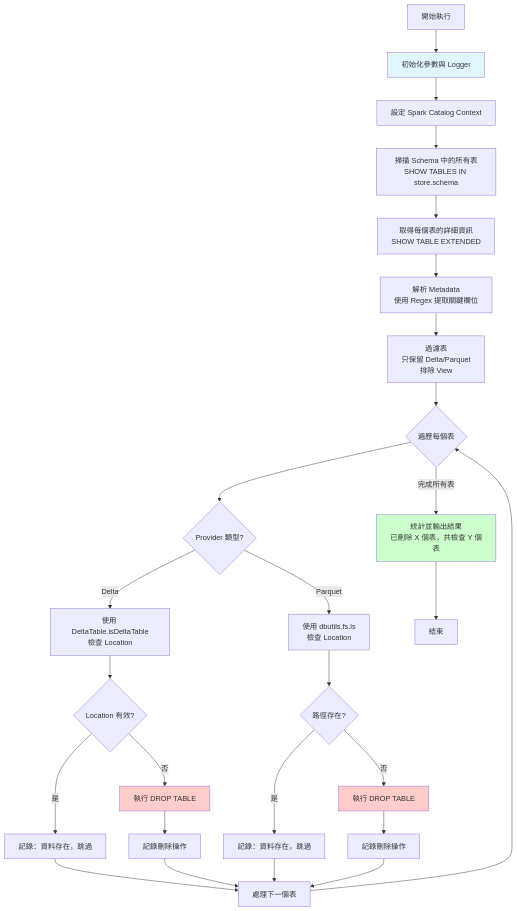
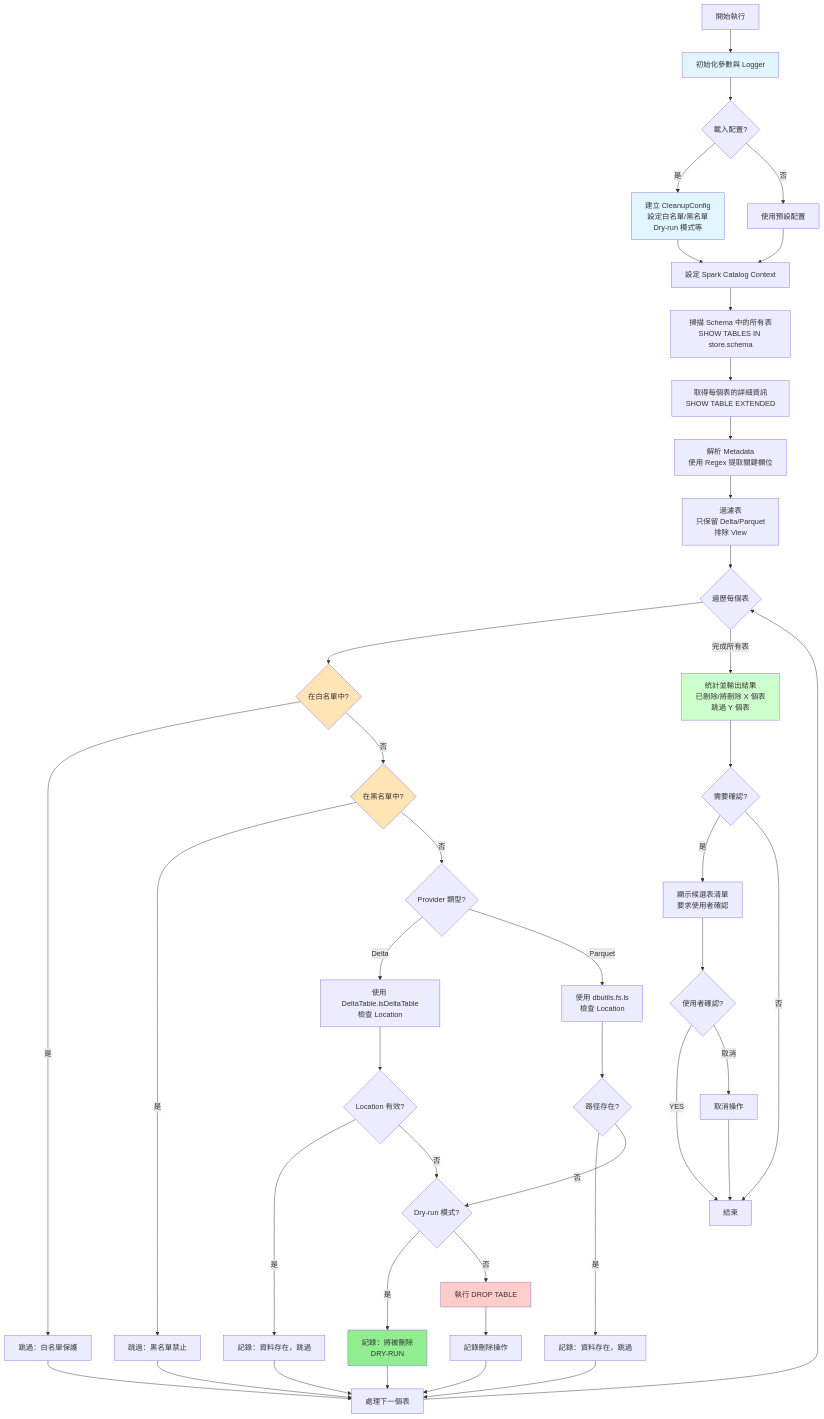
Before and after one commit to Fet-ycliang/Databricks-External-Tables-Cleaner: the second of 4 diagrams in docs/system-design.md, drawn with Mermaid. The commit also changed other lines of this file and 2 other files, not shown here.

Commit message:
新增：完善系統架構圖與開發者指南文件

````diff
--- a/docs/system-design.md
+++ b/docs/system-design.md
@@ -48,45 +98,71 @@
 ```mermaid
 graph TB
     Start[開始執行] --> Init[初始化參數與 Logger]
-    Init --> SetCatalog[設定 Spark Catalog Context]
+    Init --> LoadConfig{載入配置?}
+    LoadConfig -->|是| CreateConfig[建立 CleanupConfig<br/>設定白名單/黑名單<br/>Dry-run 模式等]
+    LoadConfig -->|否| UseDefault[使用預設配置]
+    
+    CreateConfig --> SetCatalog[設定 Spark Catalog Context]
+    UseDefault --> SetCatalog
+    
     SetCatalog --> ScanTables[掃描 Schema 中的所有表<br/>SHOW TABLES IN store.schema]
 
     ScanTables --> GetDetails[取得每個表的詳細資訊<br/>SHOW TABLE EXTENDED]
     GetDetails --> ParseMetadata[解析 Metadata<br/>使用 Regex 提取關鍵欄位]
 
     ParseMetadata --> Filter[過濾表<br/>只保留 Delta/Parquet<br/>排除 View]
 
     Filter --> CheckLoop{遍歷每個表}
 
-    CheckLoop --> CheckProvider{Provider 類型?}
+    CheckLoop --> CheckWhitelist{在白名單中?}
+    CheckWhitelist -->|是| SkipWhitelist[跳過：白名單保護]
+    CheckWhitelist -->|否| CheckBlacklist{在黑名單中?}
+    
+    CheckBlacklist -->|是| SkipBlacklist[跳過：黑名單禁止]
+    CheckBlacklist -->|否| CheckProvider{Provider 類型?}
 
     CheckProvider -->|Delta| CheckDelta[使用 DeltaTable.isDeltaTable<br/>檢查 Location]
     CheckProvider -->|Parquet| CheckParquet[使用 dbutils.fs.ls<br/>檢查 Location]
 
     CheckDelta --> DeltaExists{Location 有效?}
     CheckParquet --> ParquetExists{路徑存在?}
 
     DeltaExists -->|是| SkipDelta[記錄：資料存在，跳過]
-    DeltaExists -->|否| DeleteDelta[執行 DROP TABLE]
+    DeltaExists -->|否| CheckDryRun{Dry-run 模式?}
+    
+    ParquetExists -->|是| SkipParquet[記錄：資料存在，跳過]
+    ParquetExists -->|否| CheckDryRun
 
-    ParquetExists -->|是| SkipParquet[記錄：資料存在，跳過]
-    ParquetExists -->|否| DeleteParquet[執行 DROP TABLE]
+    CheckDryRun -->|是| LogDryRun[記錄：將被刪除<br/>DRY-RUN]
+    CheckDryRun -->|否| DeleteTable[執行 DROP TABLE]
 
-    DeleteDelta --> LogDelete1[記錄刪除操作]
-    DeleteParquet --> LogDelete2[記錄刪除操作]
+    DeleteTable --> LogDelete[記錄刪除操作]
 
+    SkipWhitelist --> NextTable
+    SkipBlacklist --> NextTable
     SkipDelta --> NextTable
     SkipParquet --> NextTable
-    LogDelete1 --> NextTable[處理下一個表]
-    LogDelete2 --> NextTable
+    LogDryRun --> NextTable[處理下一個表]
+    LogDelete --> NextTable
 
     NextTable --> CheckLoop
 
-    CheckLoop -->|完成所有表| Summary[統計並輸出結果<br/>已刪除 X 個表，共檢查 Y 個表]
-    Summary --> End[結束]
+    CheckLoop -->|完成所有表| Summary[統計並輸出結果<br/>已刪除/將刪除 X 個表<br/>跳過 Y 個表]
+    Summary --> NeedConfirm{需要確認?}
+    
+    NeedConfirm -->|是| ShowConfirm[顯示候選表清單<br/>要求使用者確認]
+    NeedConfirm -->|否| End[結束]
+    
+    ShowConfirm --> UserConfirm{使用者確認?}
+    UserConfirm -->|YES| End
+    UserConfirm -->|取消| Cancel[取消操作]
+    Cancel --> End
 
     style Init fill:#e1f5ff
-    style DeleteDelta fill:#ffcccc
-    style DeleteParquet fill:#ffcccc
+    style CreateConfig fill:#e1f5ff
+    style CheckWhitelist fill:#FFE4B5
+    style CheckBlacklist fill:#FFE4B5
+    style DeleteTable fill:#ffcccc
+    style LogDryRun fill:#90EE90
     style Summary fill:#ccffcc
 ```
````
